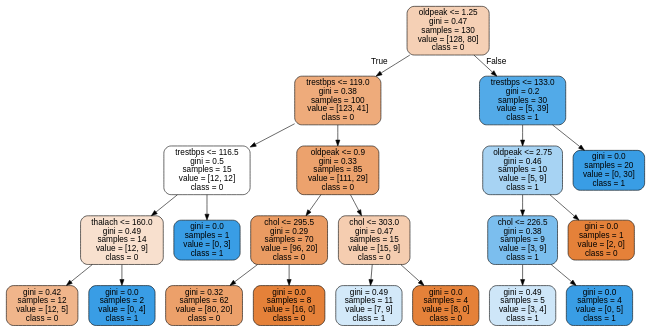
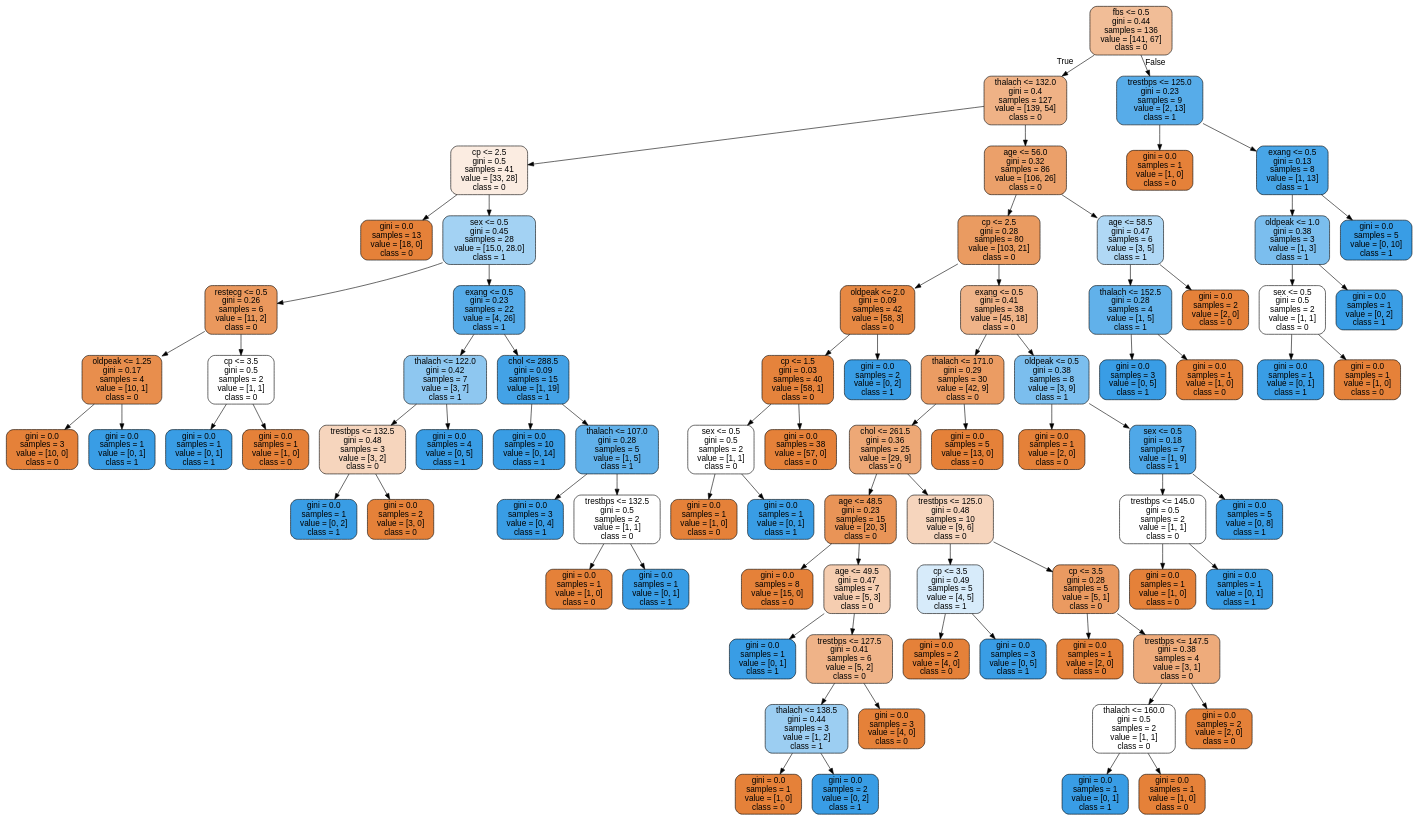
Before and after one commit to cyrilvincent/ML: the diagram in data/heartdisease/tree.dot, drawn with Graphviz. The commit also changed 7 other files, not shown here.

```diff
--- a/data/heartdisease/tree.dot
+++ b/data/heartdisease/tree.dot
@@ -1,45 +1,161 @@
 digraph Tree {
 node [shape=box, style="filled, rounded", color="black", fontname="helvetica"] ;
 edge [fontname="helvetica"] ;
-0 [label="oldpeak <= 1.25\ngini = 0.47\nsamples = 130\nvalue = [128, 80]\nclass = 0", fillcolor="#f5d0b5"] ;
-1 [label="trestbps <= 119.0\ngini = 0.38\nsamples = 100\nvalue = [123, 41]\nclass = 0", fillcolor="#eeab7b"] ;
+0 [label="fbs <= 0.5\ngini = 0.44\nsamples = 136\nvalue = [141, 67]\nclass = 0", fillcolor="#f1bd97"] ;
+1 [label="thalach <= 132.0\ngini = 0.4\nsamples = 127\nvalue = [139, 54]\nclass = 0", fillcolor="#efb286"] ;
 0 -> 1 [labeldistance=2.5, labelangle=45, headlabel="True"] ;
-2 [label="trestbps <= 116.5\ngini = 0.5\nsamples = 15\nvalue = [12, 12]\nclass = 0", fillcolor="#ffffff"] ;
+2 [label="cp <= 2.5\ngini = 0.5\nsamples = 41\nvalue = [33, 28]\nclass = 0", fillcolor="#fbece1"] ;
 1 -> 2 ;
-3 [label="thalach <= 160.0\ngini = 0.49\nsamples = 14\nvalue = [12, 9]\nclass = 0", fillcolor="#f8e0ce"] ;
+3 [label="gini = 0.0\nsamples = 13\nvalue = [18, 0]\nclass = 0", fillcolor="#e58139"] ;
 2 -> 3 ;
-4 [label="gini = 0.42\nsamples = 12\nvalue = [12, 5]\nclass = 0", fillcolor="#f0b58b"] ;
-3 -> 4 ;
-5 [label="gini = 0.0\nsamples = 2\nvalue = [0, 4]\nclass = 1", fillcolor="#399de5"] ;
-3 -> 5 ;
-6 [label="gini = 0.0\nsamples = 1\nvalue = [0, 3]\nclass = 1", fillcolor="#399de5"] ;
-2 -> 6 ;
-7 [label="oldpeak <= 0.9\ngini = 0.33\nsamples = 85\nvalue = [111, 29]\nclass = 0", fillcolor="#eca26d"] ;
-1 -> 7 ;
-8 [label="chol <= 295.5\ngini = 0.29\nsamples = 70\nvalue = [96, 20]\nclass = 0", fillcolor="#ea9b62"] ;
-7 -> 8 ;
-9 [label="gini = 0.32\nsamples = 62\nvalue = [80, 20]\nclass = 0", fillcolor="#eca06a"] ;
-8 -> 9 ;
-10 [label="gini = 0.0\nsamples = 8\nvalue = [16, 0]\nclass = 0", fillcolor="#e58139"] ;
-8 -> 10 ;
-11 [label="chol <= 303.0\ngini = 0.47\nsamples = 15\nvalue = [15, 9]\nclass = 0", fillcolor="#f5cdb0"] ;
-7 -> 11 ;
-12 [label="gini = 0.49\nsamples = 11\nvalue = [7, 9]\nclass = 1", fillcolor="#d3e9f9"] ;
-11 -> 12 ;
-13 [label="gini = 0.0\nsamples = 4\nvalue = [8, 0]\nclass = 0", fillcolor="#e58139"] ;
-11 -> 13 ;
-14 [label="trestbps <= 133.0\ngini = 0.2\nsamples = 30\nvalue = [5, 39]\nclass = 1", fillcolor="#52aae8"] ;
-0 -> 14 [labeldistance=2.5, labelangle=-45, headlabel="False"] ;
-15 [label="oldpeak <= 2.75\ngini = 0.46\nsamples = 10\nvalue = [5, 9]\nclass = 1", fillcolor="#a7d3f3"] ;
+4 [label="sex <= 0.5\ngini = 0.45\nsamples = 28\nvalue = [15.0, 28.0]\nclass = 1", fillcolor="#a3d2f3"] ;
+2 -> 4 ;
+5 [label="restecg <= 0.5\ngini = 0.26\nsamples = 6\nvalue = [11, 2]\nclass = 0", fillcolor="#ea985d"] ;
+4 -> 5 ;
+6 [label="oldpeak <= 1.25\ngini = 0.17\nsamples = 4\nvalue = [10, 1]\nclass = 0", fillcolor="#e88e4d"] ;
+5 -> 6 ;
+7 [label="gini = 0.0\nsamples = 3\nvalue = [10, 0]\nclass = 0", fillcolor="#e58139"] ;
+6 -> 7 ;
+8 [label="gini = 0.0\nsamples = 1\nvalue = [0, 1]\nclass = 1", fillcolor="#399de5"] ;
+6 -> 8 ;
+9 [label="cp <= 3.5\ngini = 0.5\nsamples = 2\nvalue = [1, 1]\nclass = 0", fillcolor="#ffffff"] ;
+5 -> 9 ;
+10 [label="gini = 0.0\nsamples = 1\nvalue = [0, 1]\nclass = 1", fillcolor="#399de5"] ;
+9 -> 10 ;
+11 [label="gini = 0.0\nsamples = 1\nvalue = [1, 0]\nclass = 0", fillcolor="#e58139"] ;
+9 -> 11 ;
+12 [label="exang <= 0.5\ngini = 0.23\nsamples = 22\nvalue = [4, 26]\nclass = 1", fillcolor="#57ace9"] ;
+4 -> 12 ;
+13 [label="thalach <= 122.0\ngini = 0.42\nsamples = 7\nvalue = [3, 7]\nclass = 1", fillcolor="#8ec7f0"] ;
+12 -> 13 ;
+14 [label="trestbps <= 132.5\ngini = 0.48\nsamples = 3\nvalue = [3, 2]\nclass = 0", fillcolor="#f6d5bd"] ;
+13 -> 14 ;
+15 [label="gini = 0.0\nsamples = 1\nvalue = [0, 2]\nclass = 1", fillcolor="#399de5"] ;
 14 -> 15 ;
-16 [label="chol <= 226.5\ngini = 0.38\nsamples = 9\nvalue = [3, 9]\nclass = 1", fillcolor="#7bbeee"] ;
-15 -> 16 ;
-17 [label="gini = 0.49\nsamples = 5\nvalue = [3, 4]\nclass = 1", fillcolor="#cee6f8"] ;
-16 -> 17 ;
-18 [label="gini = 0.0\nsamples = 4\nvalue = [0, 5]\nclass = 1", fillcolor="#399de5"] ;
-16 -> 18 ;
-19 [label="gini = 0.0\nsamples = 1\nvalue = [2, 0]\nclass = 0", fillcolor="#e58139"] ;
-15 -> 19 ;
-20 [label="gini = 0.0\nsamples = 20\nvalue = [0, 30]\nclass = 1", fillcolor="#399de5"] ;
-14 -> 20 ;
+16 [label="gini = 0.0\nsamples = 2\nvalue = [3, 0]\nclass = 0", fillcolor="#e58139"] ;
+14 -> 16 ;
+17 [label="gini = 0.0\nsamples = 4\nvalue = [0, 5]\nclass = 1", fillcolor="#399de5"] ;
+13 -> 17 ;
+18 [label="chol <= 288.5\ngini = 0.09\nsamples = 15\nvalue = [1, 19]\nclass = 1", fillcolor="#43a2e6"] ;
+12 -> 18 ;
+19 [label="gini = 0.0\nsamples = 10\nvalue = [0, 14]\nclass = 1", fillcolor="#399de5"] ;
+18 -> 19 ;
+20 [label="thalach <= 107.0\ngini = 0.28\nsamples = 5\nvalue = [1, 5]\nclass = 1", fillcolor="#61b1ea"] ;
+18 -> 20 ;
+21 [label="gini = 0.0\nsamples = 3\nvalue = [0, 4]\nclass = 1", fillcolor="#399de5"] ;
+20 -> 21 ;
+22 [label="trestbps <= 132.5\ngini = 0.5\nsamples = 2\nvalue = [1, 1]\nclass = 0", fillcolor="#ffffff"] ;
+20 -> 22 ;
+23 [label="gini = 0.0\nsamples = 1\nvalue = [1, 0]\nclass = 0", fillcolor="#e58139"] ;
+22 -> 23 ;
+24 [label="gini = 0.0\nsamples = 1\nvalue = [0, 1]\nclass = 1", fillcolor="#399de5"] ;
+22 -> 24 ;
+25 [label="age <= 56.0\ngini = 0.32\nsamples = 86\nvalue = [106, 26]\nclass = 0", fillcolor="#eba06a"] ;
+1 -> 25 ;
+26 [label="cp <= 2.5\ngini = 0.28\nsamples = 80\nvalue = [103, 21]\nclass = 0", fillcolor="#ea9b61"] ;
+25 -> 26 ;
+27 [label="oldpeak <= 2.0\ngini = 0.09\nsamples = 42\nvalue = [58, 3]\nclass = 0", fillcolor="#e68843"] ;
+26 -> 27 ;
+28 [label="cp <= 1.5\ngini = 0.03\nsamples = 40\nvalue = [58, 1]\nclass = 0", fillcolor="#e5833c"] ;
+27 -> 28 ;
+29 [label="sex <= 0.5\ngini = 0.5\nsamples = 2\nvalue = [1, 1]\nclass = 0", fillcolor="#ffffff"] ;
+28 -> 29 ;
+30 [label="gini = 0.0\nsamples = 1\nvalue = [1, 0]\nclass = 0", fillcolor="#e58139"] ;
+29 -> 30 ;
+31 [label="gini = 0.0\nsamples = 1\nvalue = [0, 1]\nclass = 1", fillcolor="#399de5"] ;
+29 -> 31 ;
+32 [label="gini = 0.0\nsamples = 38\nvalue = [57, 0]\nclass = 0", fillcolor="#e58139"] ;
+28 -> 32 ;
+33 [label="gini = 0.0\nsamples = 2\nvalue = [0, 2]\nclass = 1", fillcolor="#399de5"] ;
+27 -> 33 ;
+34 [label="exang <= 0.5\ngini = 0.41\nsamples = 38\nvalue = [45, 18]\nclass = 0", fillcolor="#efb388"] ;
+26 -> 34 ;
+35 [label="thalach <= 171.0\ngini = 0.29\nsamples = 30\nvalue = [42, 9]\nclass = 0", fillcolor="#eb9c63"] ;
+34 -> 35 ;
+36 [label="chol <= 261.5\ngini = 0.36\nsamples = 25\nvalue = [29, 9]\nclass = 0", fillcolor="#eda876"] ;
+35 -> 36 ;
+37 [label="age <= 48.5\ngini = 0.23\nsamples = 15\nvalue = [20, 3]\nclass = 0", fillcolor="#e99457"] ;
+36 -> 37 ;
+38 [label="gini = 0.0\nsamples = 8\nvalue = [15, 0]\nclass = 0", fillcolor="#e58139"] ;
+37 -> 38 ;
+39 [label="age <= 49.5\ngini = 0.47\nsamples = 7\nvalue = [5, 3]\nclass = 0", fillcolor="#f5cdb0"] ;
+37 -> 39 ;
+40 [label="gini = 0.0\nsamples = 1\nvalue = [0, 1]\nclass = 1", fillcolor="#399de5"] ;
+39 -> 40 ;
+41 [label="trestbps <= 127.5\ngini = 0.41\nsamples = 6\nvalue = [5, 2]\nclass = 0", fillcolor="#efb388"] ;
+39 -> 41 ;
+42 [label="thalach <= 138.5\ngini = 0.44\nsamples = 3\nvalue = [1, 2]\nclass = 1", fillcolor="#9ccef2"] ;
+41 -> 42 ;
+43 [label="gini = 0.0\nsamples = 1\nvalue = [1, 0]\nclass = 0", fillcolor="#e58139"] ;
+42 -> 43 ;
+44 [label="gini = 0.0\nsamples = 2\nvalue = [0, 2]\nclass = 1", fillcolor="#399de5"] ;
+42 -> 44 ;
+45 [label="gini = 0.0\nsamples = 3\nvalue = [4, 0]\nclass = 0", fillcolor="#e58139"] ;
+41 -> 45 ;
+46 [label="trestbps <= 125.0\ngini = 0.48\nsamples = 10\nvalue = [9, 6]\nclass = 0", fillcolor="#f6d5bd"] ;
+36 -> 46 ;
+47 [label="cp <= 3.5\ngini = 0.49\nsamples = 5\nvalue = [4, 5]\nclass = 1", fillcolor="#d7ebfa"] ;
+46 -> 47 ;
+48 [label="gini = 0.0\nsamples = 2\nvalue = [4, 0]\nclass = 0", fillcolor="#e58139"] ;
+47 -> 48 ;
+49 [label="gini = 0.0\nsamples = 3\nvalue = [0, 5]\nclass = 1", fillcolor="#399de5"] ;
+47 -> 49 ;
+50 [label="cp <= 3.5\ngini = 0.28\nsamples = 5\nvalue = [5, 1]\nclass = 0", fillcolor="#ea9a61"] ;
+46 -> 50 ;
+51 [label="gini = 0.0\nsamples = 1\nvalue = [2, 0]\nclass = 0", fillcolor="#e58139"] ;
+50 -> 51 ;
+52 [label="trestbps <= 147.5\ngini = 0.38\nsamples = 4\nvalue = [3, 1]\nclass = 0", fillcolor="#eeab7b"] ;
+50 -> 52 ;
+53 [label="thalach <= 160.0\ngini = 0.5\nsamples = 2\nvalue = [1, 1]\nclass = 0", fillcolor="#ffffff"] ;
+52 -> 53 ;
+54 [label="gini = 0.0\nsamples = 1\nvalue = [0, 1]\nclass = 1", fillcolor="#399de5"] ;
+53 -> 54 ;
+55 [label="gini = 0.0\nsamples = 1\nvalue = [1, 0]\nclass = 0", fillcolor="#e58139"] ;
+53 -> 55 ;
+56 [label="gini = 0.0\nsamples = 2\nvalue = [2, 0]\nclass = 0", fillcolor="#e58139"] ;
+52 -> 56 ;
+57 [label="gini = 0.0\nsamples = 5\nvalue = [13, 0]\nclass = 0", fillcolor="#e58139"] ;
+35 -> 57 ;
+58 [label="oldpeak <= 0.5\ngini = 0.38\nsamples = 8\nvalue = [3, 9]\nclass = 1", fillcolor="#7bbeee"] ;
+34 -> 58 ;
+59 [label="gini = 0.0\nsamples = 1\nvalue = [2, 0]\nclass = 0", fillcolor="#e58139"] ;
+58 -> 59 ;
+60 [label="sex <= 0.5\ngini = 0.18\nsamples = 7\nvalue = [1, 9]\nclass = 1", fillcolor="#4fa8e8"] ;
+58 -> 60 ;
+61 [label="trestbps <= 145.0\ngini = 0.5\nsamples = 2\nvalue = [1, 1]\nclass = 0", fillcolor="#ffffff"] ;
+60 -> 61 ;
+62 [label="gini = 0.0\nsamples = 1\nvalue = [1, 0]\nclass = 0", fillcolor="#e58139"] ;
+61 -> 62 ;
+63 [label="gini = 0.0\nsamples = 1\nvalue = [0, 1]\nclass = 1", fillcolor="#399de5"] ;
+61 -> 63 ;
+64 [label="gini = 0.0\nsamples = 5\nvalue = [0, 8]\nclass = 1", fillcolor="#399de5"] ;
+60 -> 64 ;
+65 [label="age <= 58.5\ngini = 0.47\nsamples = 6\nvalue = [3, 5]\nclass = 1", fillcolor="#b0d8f5"] ;
+25 -> 65 ;
+66 [label="thalach <= 152.5\ngini = 0.28\nsamples = 4\nvalue = [1, 5]\nclass = 1", fillcolor="#61b1ea"] ;
+65 -> 66 ;
+67 [label="gini = 0.0\nsamples = 3\nvalue = [0, 5]\nclass = 1", fillcolor="#399de5"] ;
+66 -> 67 ;
+68 [label="gini = 0.0\nsamples = 1\nvalue = [1, 0]\nclass = 0", fillcolor="#e58139"] ;
+66 -> 68 ;
+69 [label="gini = 0.0\nsamples = 2\nvalue = [2, 0]\nclass = 0", fillcolor="#e58139"] ;
+65 -> 69 ;
+70 [label="trestbps <= 125.0\ngini = 0.23\nsamples = 9\nvalue = [2, 13]\nclass = 1", fillcolor="#57ace9"] ;
+0 -> 70 [labeldistance=2.5, labelangle=-45, headlabel="False"] ;
+71 [label="gini = 0.0\nsamples = 1\nvalue = [1, 0]\nclass = 0", fillcolor="#e58139"] ;
+70 -> 71 ;
+72 [label="exang <= 0.5\ngini = 0.13\nsamples = 8\nvalue = [1, 13]\nclass = 1", fillcolor="#48a5e7"] ;
+70 -> 72 ;
+73 [label="oldpeak <= 1.0\ngini = 0.38\nsamples = 3\nvalue = [1, 3]\nclass = 1", fillcolor="#7bbeee"] ;
+72 -> 73 ;
+74 [label="sex <= 0.5\ngini = 0.5\nsamples = 2\nvalue = [1, 1]\nclass = 0", fillcolor="#ffffff"] ;
+73 -> 74 ;
+75 [label="gini = 0.0\nsamples = 1\nvalue = [0, 1]\nclass = 1", fillcolor="#399de5"] ;
+74 -> 75 ;
+76 [label="gini = 0.0\nsamples = 1\nvalue = [1, 0]\nclass = 0", fillcolor="#e58139"] ;
+74 -> 76 ;
+77 [label="gini = 0.0\nsamples = 1\nvalue = [0, 2]\nclass = 1", fillcolor="#399de5"] ;
+73 -> 77 ;
+78 [label="gini = 0.0\nsamples = 5\nvalue = [0, 10]\nclass = 1", fillcolor="#399de5"] ;
+72 -> 78 ;
 }
```
